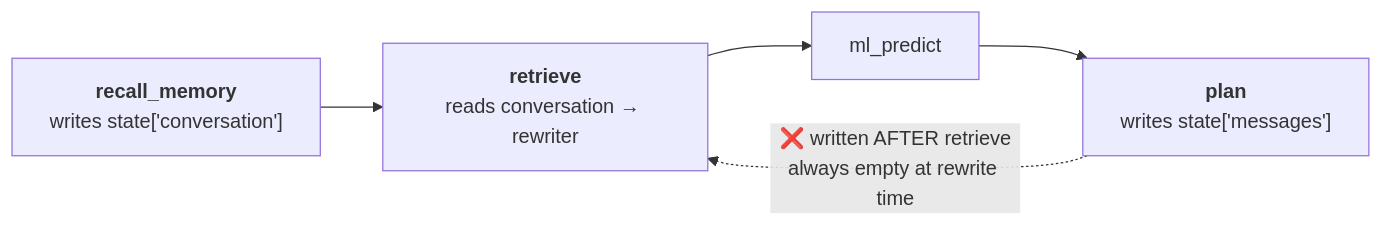
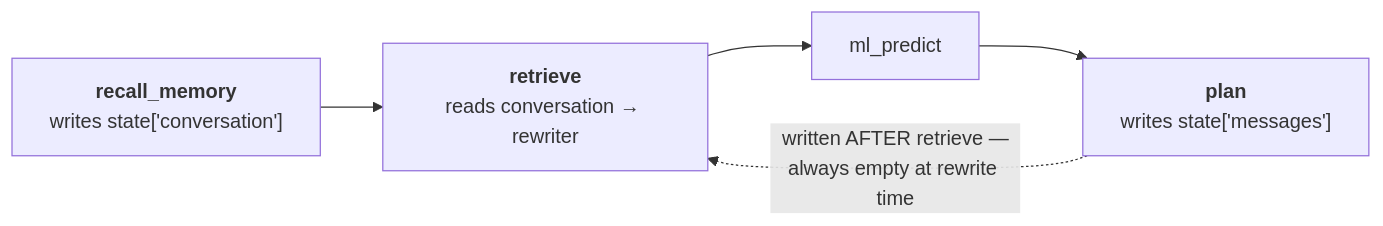
One commit to yrevash/aegis changed the fifth of 5 diagrams in docs/teaching/retrieval/40-diagrams.md. Above: the diagram before and after it, drawn with Mermaid. The commit also changed other lines of this file and 111 other files, not shown here.

````diff
--- a/docs/teaching/retrieval/40-diagrams.md
+++ b/docs/teaching/retrieval/40-diagrams.md
@@ -241,7 +156,7 @@
 ```mermaid
 flowchart LR
     RM["<b>recall_memory</b><br/>writes state['conversation']"] --> RET["<b>retrieve</b><br/>reads conversation → rewriter"]
     RET --> ML["ml_predict"] --> PL["<b>plan</b><br/>writes state['messages']"]
 
-    PL -.->|"❌ written AFTER retrieve<br/>always empty at rewrite time"| RET
+    PL -.->|"written AFTER retrieve —<br/>always empty at rewrite time"| RET
 ```
````
